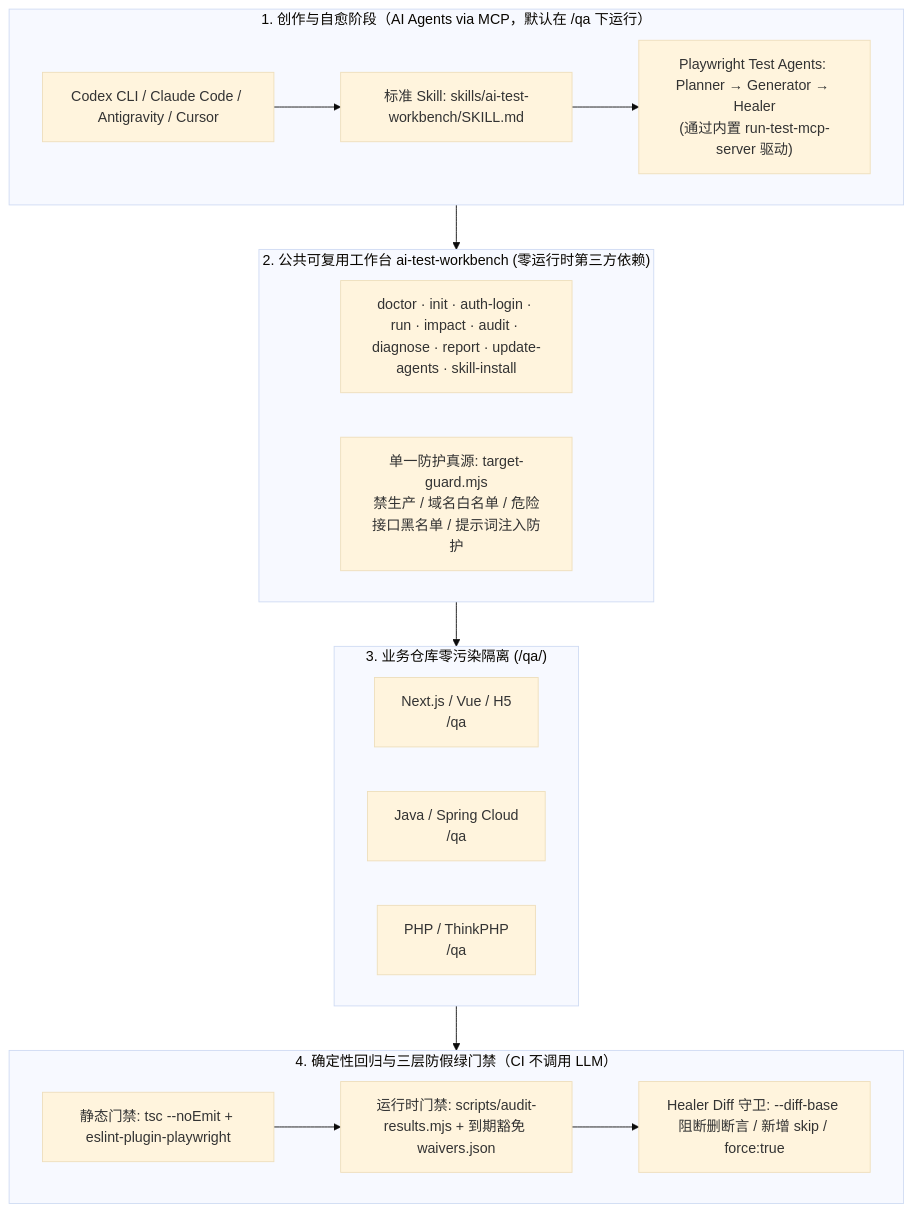
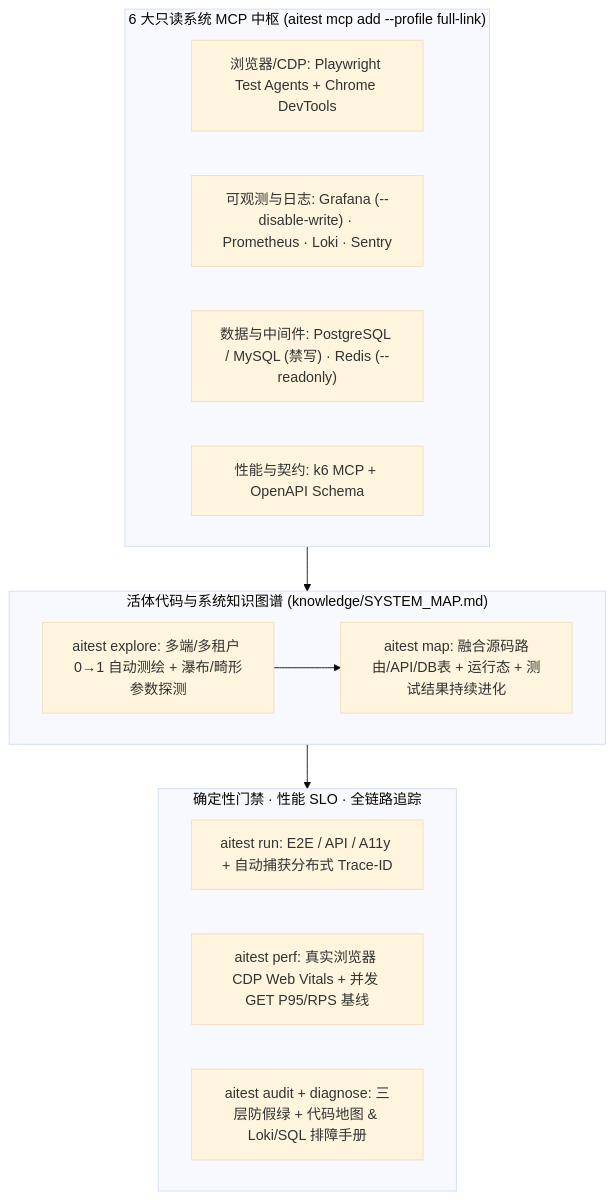
The diagram in README.md (seaworld008/ai-test-workbench), drawn with Mermaid (base theme) before and after one commit. The commit also changed other lines of this file and 23 other files, not shown here.

Commit message:
feat(v3): self-evolving code map, 6-pillar full-link MCP hub, and CDP/API perf engine (v3.0.0)

````diff
--- a/README.md
+++ b/README.md
@@ -35,29 +35,23 @@
 ```mermaid
 flowchart TB
-    subgraph AI["1. 创作与自愈阶段（AI Agents via MCP，默认在 <repo>/qa 下运行）"]
-        A1["Codex CLI / Claude Code / Antigravity / Cursor"]
-        A2["标准 Skill: skills/ai-test-workbench/SKILL.md"]
-        A3["Playwright Test Agents: Planner → Generator → Healer<br/>(通过内置 run-test-mcp-server 驱动)"]
-        A1 --> A2 --> A3
+    subgraph MCP["6 大只读系统 MCP 中枢 (aitest mcp add --profile full-link)"]
+        M1["浏览器/CDP: Playwright Test Agents + Chrome DevTools"]
+        M2["可观测与日志: Grafana (--disable-write) · Prometheus · Loki · Sentry"]
+        M3["数据与中间件: PostgreSQL / MySQL (禁写) · Redis (--readonly)"]
+        M4["性能与契约: k6 MCP + OpenAPI Schema"]
     end
 
-    subgraph WB["2. 公共可复用工作台 ai-test-workbench (零运行时第三方依赖)"]
-        CLI["doctor · init · auth-login · run · impact · audit · diagnose · report · update-agents · skill-install"]
-        Guard["单一防护真源: target-guard.mjs<br/>禁生产 / 域名白名单 / 危险接口黑名单 / 提示词注入防护"]
+    subgraph BRAIN["活体代码与系统知识图谱 (knowledge/SYSTEM_MAP.md)"]
+        K1["aitest explore: 多端/多租户 0→1 自动测绘 + 瀑布/畸形参数探测"]
+        K2["aitest map: 融合源码路由/API/DB表 + 运行态 + 测试结果持续进化"]
+        K1 --> K2
     end
 
-    subgraph ISO["3. 业务仓库零污染隔离 (<repo>/qa/)"]
-        P1["Next.js / Vue / H5<br/><repo>/qa"]
-        P2["Java / Spring Cloud<br/><repo>/qa"]
-        P3["PHP / ThinkPHP<br/><repo>/qa"]
+    subgraph RUN["确定性门禁 · 性能 SLO · 全链路追踪"]
+        R1["aitest run: E2E / API / A11y + 自动捕获分布式 Trace-ID"]
+        R2["aitest perf: 真实浏览器 CDP Web Vitals + 并发 GET P95/RPS 基线"]
+        R3["aitest audit + diagnose: 三层防假绿 + 代码地图 & Loki/SQL 排障手册"]
     end
 
-    subgraph GATE["4. 确定性回归与三层防假绿门禁（CI 不调用 LLM）"]
-        G1["静态门禁: tsc --noEmit + eslint-plugin-playwright"]
-        G2["运行时门禁: scripts/audit-results.mjs + 到期豁免 waivers.json"]
-        G3["Healer Diff 守卫: --diff-base 阻断删断言 / 新增 skip / force:true"]
-        G1 --> G2 --> G3
-    end
-
-    AI --> WB --> ISO --> GATE
+    MCP --> BRAIN --> RUN
 ```
````
